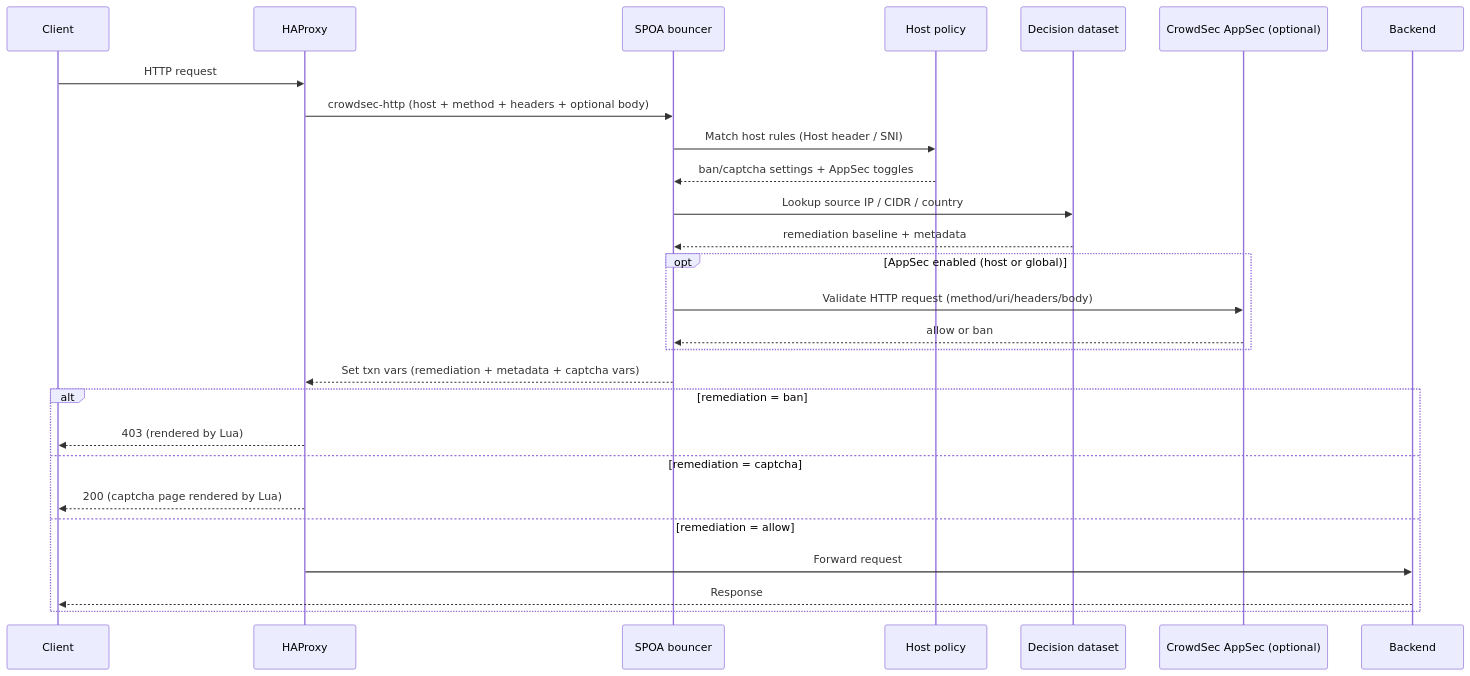
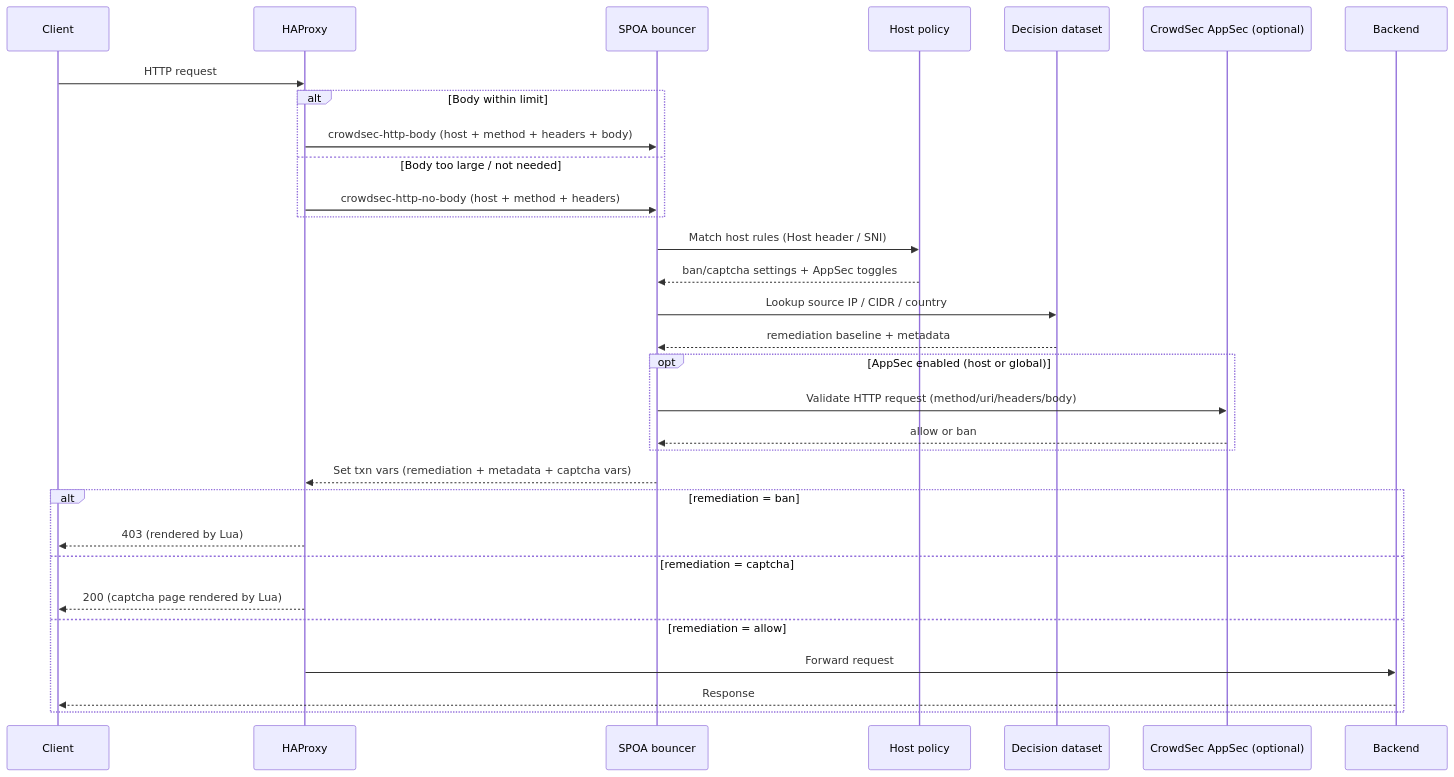
One commit to crowdsecurity/cs-haproxy-spoa-bouncer changed the fourth of 7 diagrams in README.md. Above: the diagram before and after it, drawn with Mermaid. The commit also changed other lines of this file, not shown here.

````diff
--- a/README.md
+++ b/README.md
@@ -94,33 +94,37 @@
 ```mermaid
 sequenceDiagram
     participant Client
     participant HAProxy
     participant SPOA as SPOA bouncer
     participant Policy as Host policy
     participant Dataset as Decision dataset
     participant AppSec as CrowdSec AppSec (optional)
     participant Backend
 
     Client->>HAProxy: HTTP request
-    HAProxy->>SPOA: crowdsec-http (host + method + headers + optional body)
+    alt Body within limit
+        HAProxy->>SPOA: crowdsec-http-body (host + method + headers + body)
+    else Body too large / not needed
+        HAProxy->>SPOA: crowdsec-http-no-body (host + method + headers)
+    end
     SPOA->>Policy: Match host rules (Host header / SNI)
     Policy-->>SPOA: ban/captcha settings + AppSec toggles
     SPOA->>Dataset: Lookup source IP / CIDR / country
     Dataset-->>SPOA: remediation baseline + metadata
 
     opt AppSec enabled (host or global)
         SPOA->>AppSec: Validate HTTP request (method/uri/headers/body)
         AppSec-->>SPOA: allow or ban
     end
 
     SPOA-->>HAProxy: Set txn vars (remediation + metadata + captcha vars)
 
     alt remediation = ban
         HAProxy-->>Client: 403 (rendered by Lua)
     else remediation = captcha
         HAProxy-->>Client: 200 (captcha page rendered by Lua)
     else remediation = allow
         HAProxy->>Backend: Forward request
         Backend-->>Client: Response
     end
 ```
````
